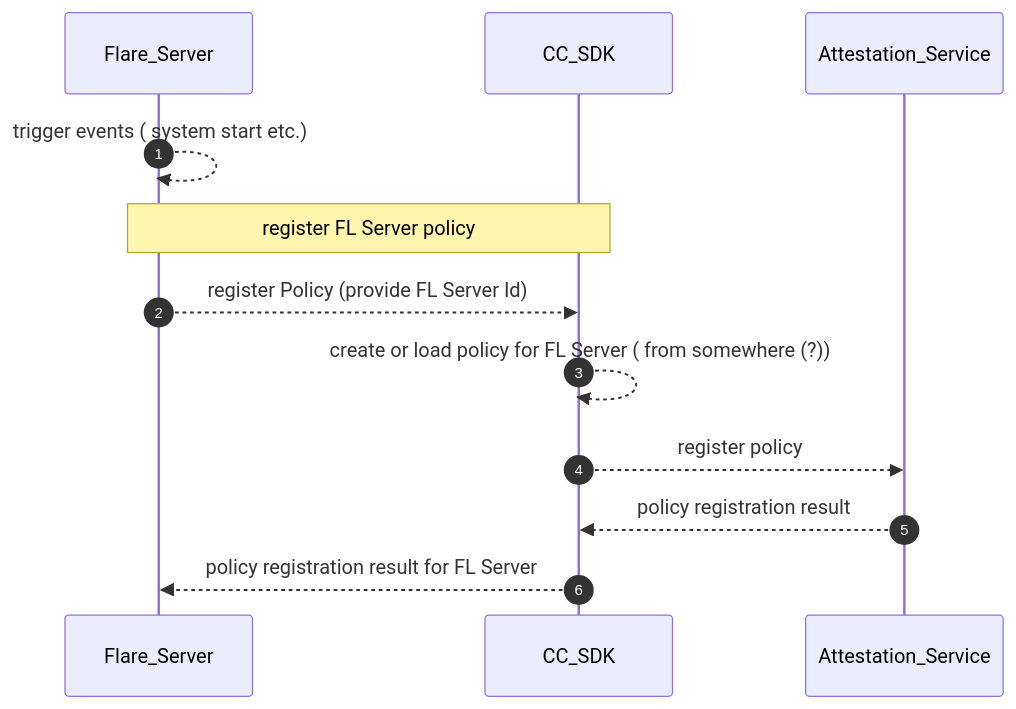
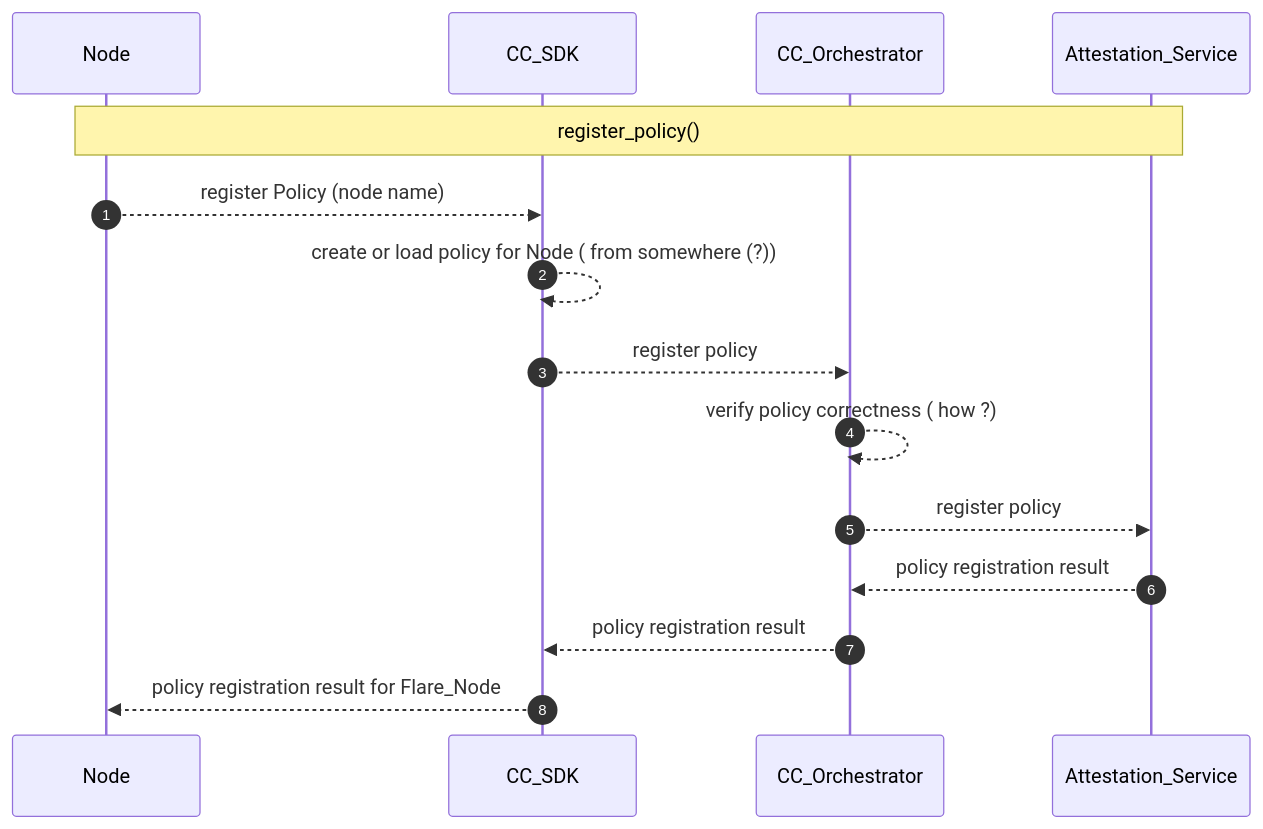
One commit to hitesh-ag1/NVFlare changed the first of 13 diagrams in docs/confidential_computing/detailed_cc_sequence_diagram.md. Above: the diagram before and after it, drawn with Mermaid. The commit also changed other lines of this file, not shown here.

Commit message:
Sequence diagram for CC

````diff
--- a/docs/confidential_computing/detailed_cc_sequence_diagram.md
+++ b/docs/confidential_computing/detailed_cc_sequence_diagram.md
@@ -43,16 +17,20 @@
 ```mermaid
 sequenceDiagram
    autonumber
-    participant Flare_Server
+    participant Node
     participant CC_SDK
+    participant CC_Orchestrator
     participant Attestation_Service
 
-    Flare_Server -->> Flare_Server: trigger events ( system start etc.)
-    Note over Flare_Server, CC_SDK: register FL Server policy
-    Flare_Server -->> CC_SDK: register Policy (provide FL Server Id) 
-    CC_SDK -->> CC_SDK: create or load policy for FL Server ( from somewhere (?))
-    CC_SDK -->> Attestation_Service: register policy
-    Attestation_Service -->> CC_SDK: policy registration result
-    CC_SDK -->> Flare_Server: policy registration result for FL Server
- 
+    Note over Node, Attestation_Service: register_policy() 
+    Node -->> CC_SDK: register Policy (node name)  
+    CC_SDK -->> CC_SDK: create or load policy for Node  ( from somewhere (?))
+    CC_SDK -->> CC_Orchestrator: register policy
+    CC_Orchestrator -->> CC_Orchestrator: verify policy correctness ( how ?) 
+    CC_Orchestrator -->> Attestation_Service: register policy
+    Attestation_Service -->> CC_Orchestrator: policy registration result
+    CC_Orchestrator -->> CC_SDK: policy registration result
+    
+    CC_SDK -->> Node: policy registration result for Flare_Node
+    
 ```
````
